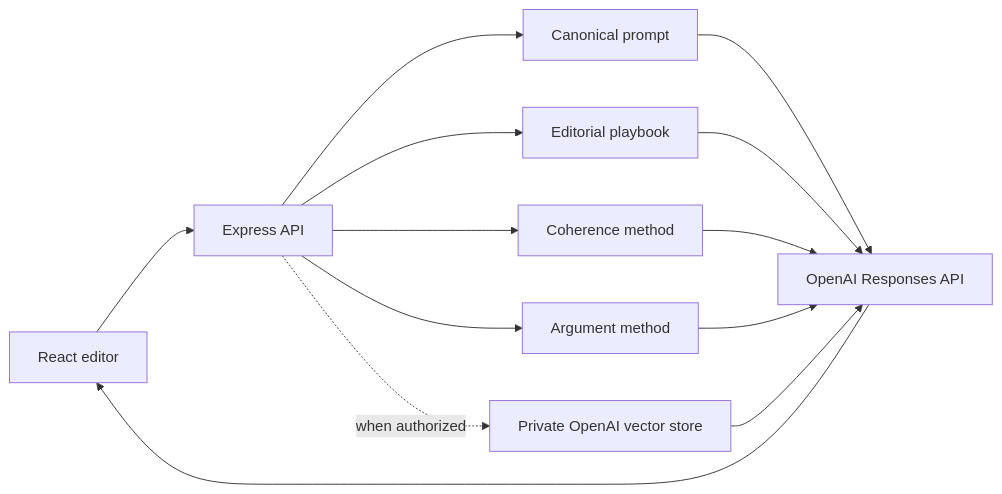
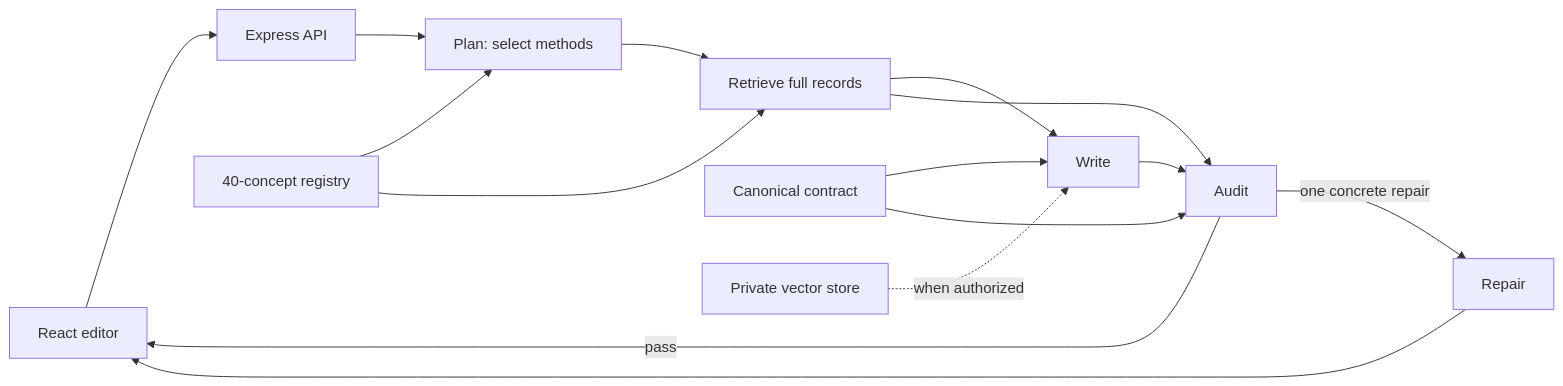
The diagram in README.md (mattlane66/Writing_Assistant), drawn with Mermaid before and after one commit. The commit also changed other lines of this file and 30 other files, not shown here.

````diff
--- a/README.md
+++ b/README.md
@@ -63,11 +63,16 @@
 ```mermaid
 flowchart LR
     UI[React editor] --> API[Express API]
-    API --> P[Canonical prompt]
-    API --> E[Editorial playbook]
-    API --> C[Coherence method]
-    API --> A[Argument method]
-    API -. when authorized .-> V[Private OpenAI vector store]
-    P & E & C & A & V --> R[OpenAI Responses API]
-    R --> UI
+    API --> P[Plan: select methods]
+    C[40-concept registry] --> P
+    P --> R[Retrieve full records]
+    C --> R
+    S[Canonical contract] --> W[Write]
+    R --> W
+    V[Private vector store] -. when authorized .-> W
+    W --> A[Audit]
+    R & S --> A
+    A -->|pass| UI
+    A -->|one concrete repair| X[Repair]
+    X --> UI
 ```
````
